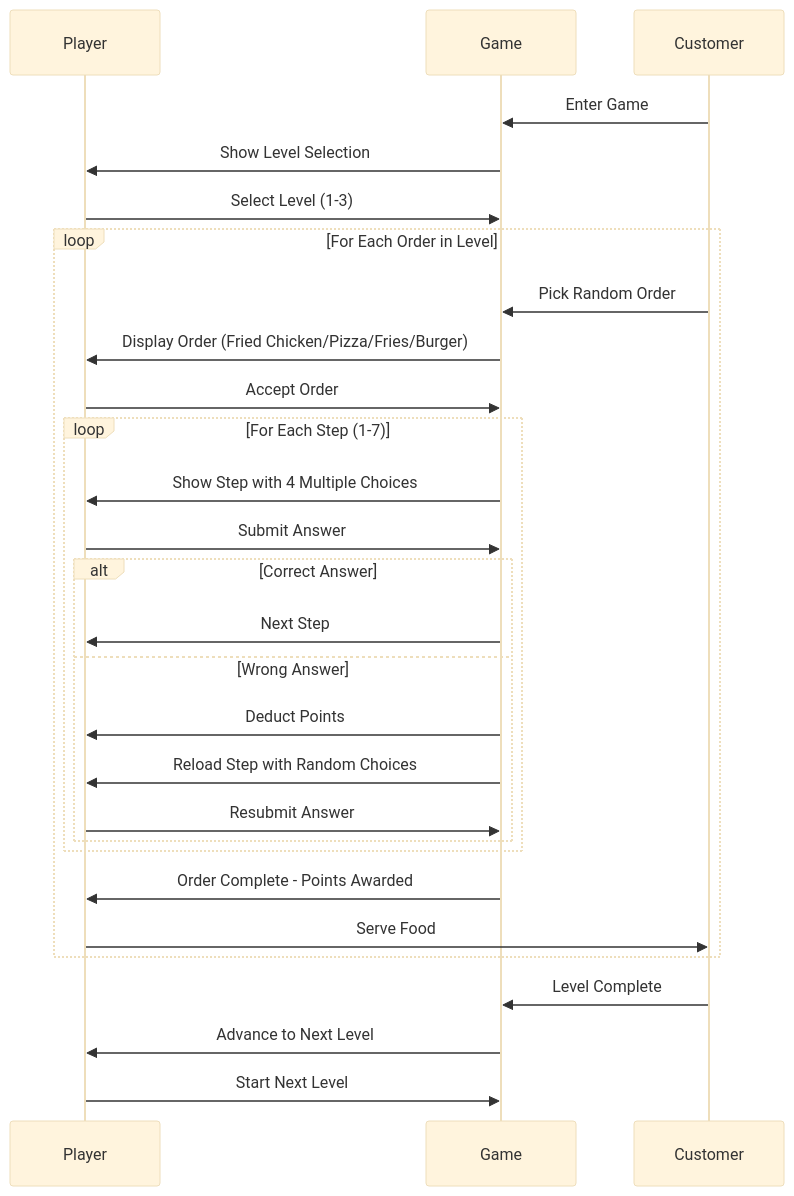
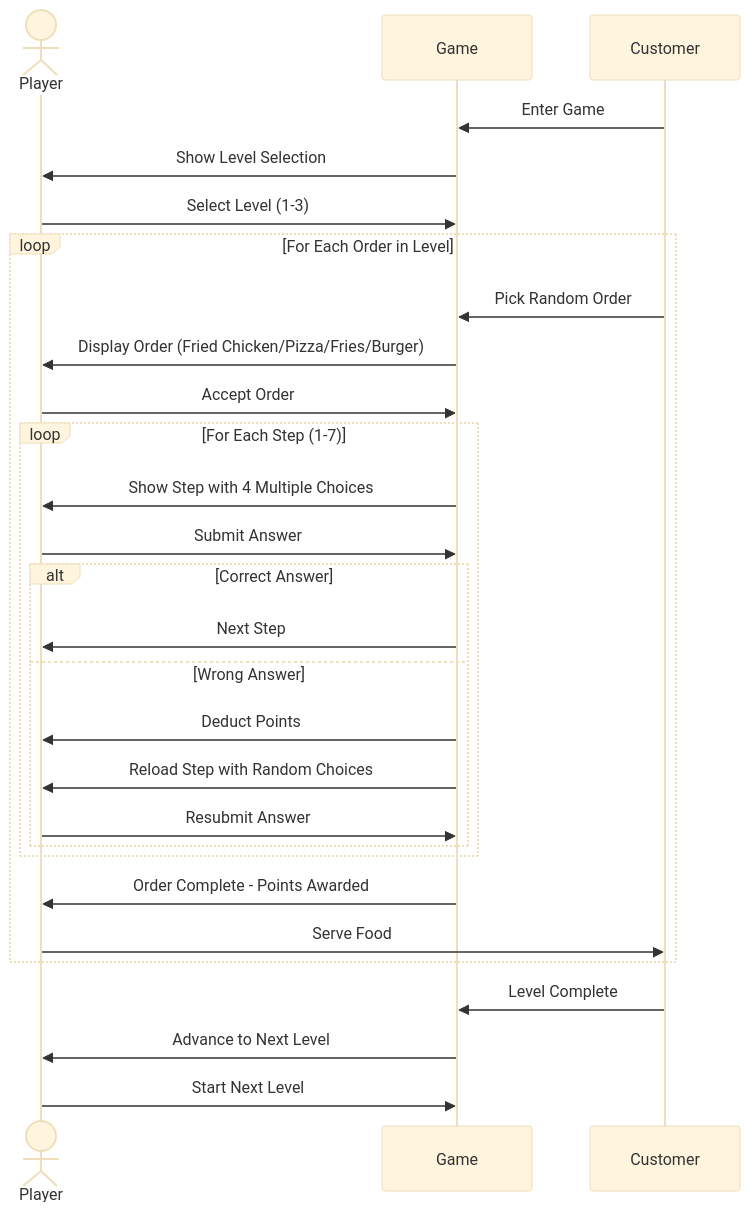
The diagram in README.md (Ong-Rj/Chef-Mode-On), drawn with Mermaid (base theme) before and after one commit.

````diff
--- a/README.md
+++ b/README.md
@@ -2,38 +2,38 @@
 ```mermaid
 sequenceDiagram
-    participant Player
+    actor Player
     participant Game
     participant Customer
     
     Customer->>Game: Enter Game
     Game->>Player: Show Level Selection
     Player->>Game: Select Level (1-3)
     
     loop For Each Order in Level
         Customer->>Game: Pick Random Order
         Game->>Player: Display Order (Fried Chicken/Pizza/Fries/Burger)
         Player->>Game: Accept Order
         
         loop For Each Step (1-7)
             Game->>Player: Show Step with 4 Multiple Choices
             Player->>Game: Submit Answer
             
             alt Correct Answer
                 Game->>Player: Next Step
             else Wrong Answer
                 Game->>Player: Deduct Points
                 Game->>Player: Reload Step with Random Choices
                 Player->>Game: Resubmit Answer
             end
         end
         
         Game->>Player: Order Complete - Points Awarded
         Player->>Customer: Serve Food
     end
     
     Customer->>Game: Level Complete
     Game->>Player: Advance to Next Level
     Player->>Game: Start Next Level
 
 
 ```
````
